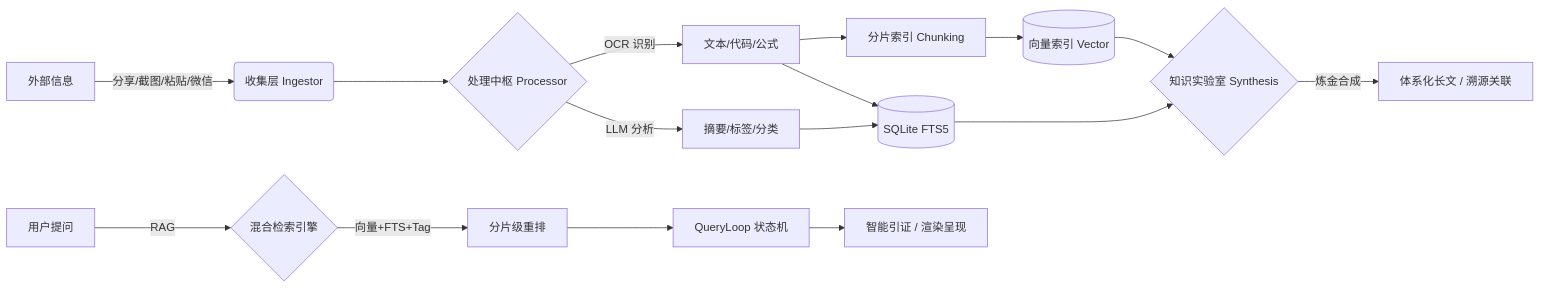
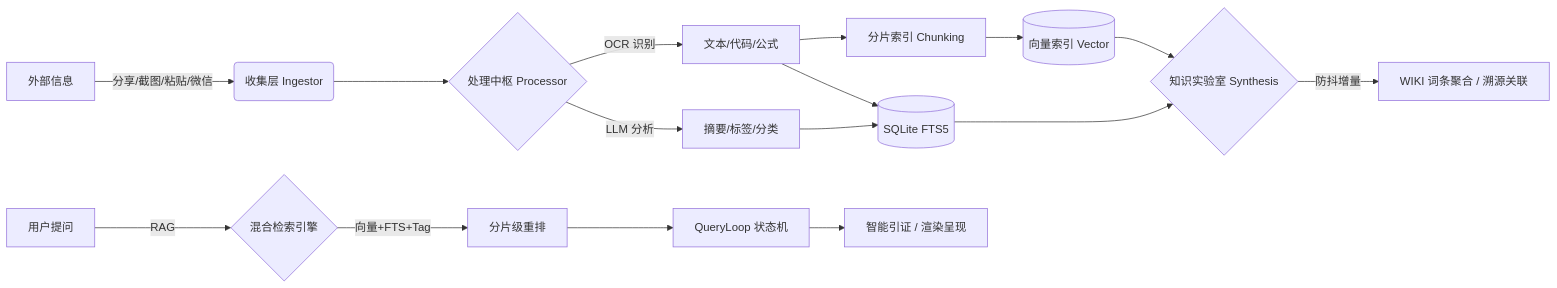
The diagram in readme.md (snowtraces/note_all), drawn with Mermaid before and after one commit. The commit also changed other lines of this file and 7 other files, not shown here.

````diff
--- a/readme.md
+++ b/readme.md
@@ -86,16 +89,16 @@
 ```mermaid
 graph LR
     A[外部信息] -->|分享/截图/粘贴/微信| B(收集层 Ingestor)
     B --> C{处理中枢 Processor}
     C -->|OCR 识别| D[文本/代码/公式]
     C -->|LLM 分析| E[摘要/标签/分类]
     D --> F[分片索引 Chunking]
     F --> G[(向量索引 Vector)]
     D & E --> H[(SQLite FTS5)]
     G & H --> I{知识实验室 Synthesis}
-    I -->|炼金合成| J[体系化长文 / 溯源关联]
+    I -->|防抖增量| J[WIKI 词条聚合 / 溯源关联]
     K[用户提问] -->|RAG| L{混合检索引擎}
     L -->|向量+FTS+Tag| M[分片级重排]
     M --> N[QueryLoop 状态机]
     N --> O[智能引证 / 渲染呈现]
 ```
````
